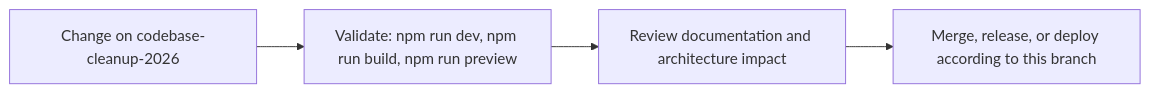
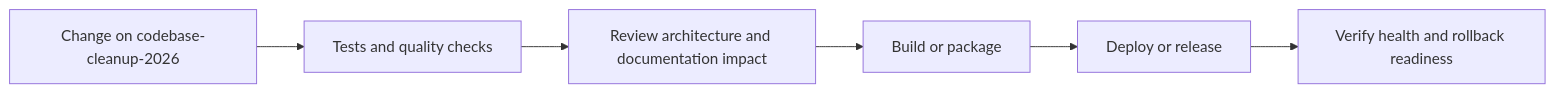
Before and after one commit to Nischhalsubba/nischhalsubba.com.np: the fourth of 5 diagrams in README.md, drawn with Mermaid. The commit also changed other lines of this file, not shown here.

````diff
--- a/README.md
+++ b/README.md
@@ -77,8 +165,8 @@
 ```mermaid
 flowchart LR
-    CHANGE["Change on codebase-cleanup-2026"]
-    CHECK["Validate: npm run dev, npm run build, npm run preview"]
-    REVIEW["Review documentation and architecture impact"]
-    RELEASE["Merge, release, or deploy according to this branch"]
-    CHANGE --> CHECK --> REVIEW --> RELEASE
+    CHANGE["Change on codebase-cleanup-2026"] --> CHECK["Tests and quality checks"]
+    CHECK --> REVIEW["Review architecture and documentation impact"]
+    REVIEW --> BUILD["Build or package"]
+    BUILD --> DEPLOY["Deploy or release"]
+    DEPLOY --> VERIFY["Verify health and rollback readiness"]
 ```
````
